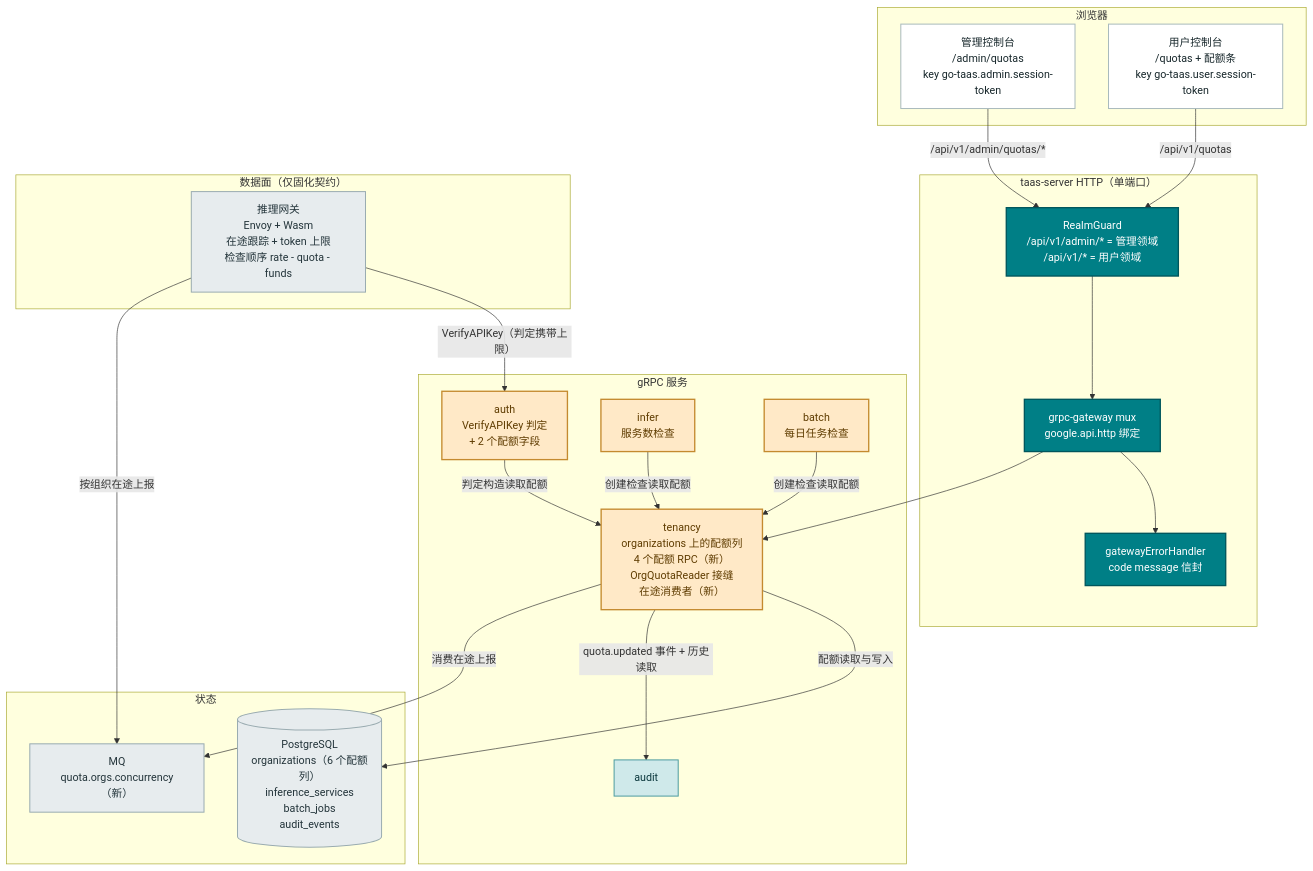
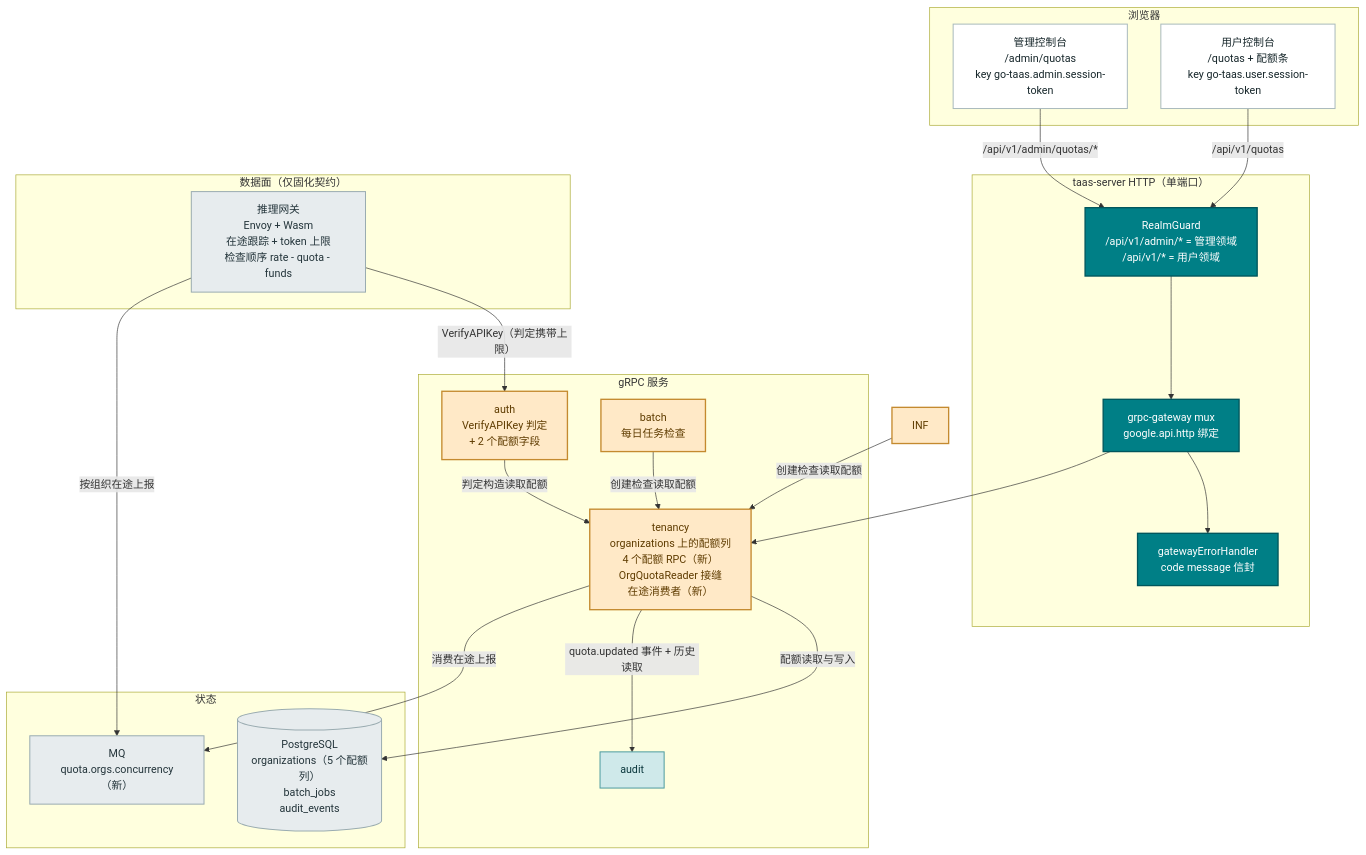
The first of 5 diagrams in site/docs/architecture/service-quota-management.zh-cn.md (go-taas/go-taas), drawn with Mermaid before and after one commit. The commit also changed other lines of this file and 41 other files, not shown here.

````diff
--- a/site/docs/architecture/service-quota-management.zh-cn.md
+++ b/site/docs/architecture/service-quota-management.zh-cn.md
@@ -95,54 +95,53 @@
 ```mermaid
 flowchart TD
     subgraph browsers["浏览器"]
         AC["管理控制台<br/>/admin/quotas<br/>key go-taas.admin.session-token"]
         UC["用户控制台<br/>/quotas + 配额条<br/>key go-taas.user.session-token"]
     end
 
     subgraph gateway["taas-server HTTP（单端口）"]
         GUARD["RealmGuard<br/>/api/v1/admin/* = 管理领域<br/>/api/v1/* = 用户领域"]
         MUX["grpc-gateway mux<br/>google.api.http 绑定"]
         ERR["gatewayErrorHandler<br/>code message 信封"]
     end
 
     subgraph services["gRPC 服务"]
         TEN["tenancy<br/>organizations 上的配额列<br/>4 个配额 RPC（新）<br/>OrgQuotaReader 接缝<br/>在途消费者（新）"]
         AUTH["auth<br/>VerifyAPIKey 判定<br/>+ 2 个配额字段"]
-        INF["infer<br/>服务数检查"]
         BAT["batch<br/>每日任务检查"]
         AUD["audit"]
     end
 
     subgraph dataplane["数据面（仅固化契约）"]
         DGW["推理网关<br/>Envoy + Wasm<br/>在途跟踪 + token 上限<br/>检查顺序 rate - quota - funds"]
     end
 
     subgraph stores["状态"]
-        PG[("PostgreSQL<br/>organizations（6 个配额列）<br/>inference_services<br/>batch_jobs<br/>audit_events")]
+        PG[("PostgreSQL<br/>organizations（5 个配额列）<br/>batch_jobs<br/>audit_events")]
         MQ["MQ<br/>quota.orgs.concurrency（新）"]
     end
 
     AC -->|"/api/v1/admin/quotas/*"| GUARD
     UC -->|"/api/v1/quotas"| GUARD
     GUARD --> MUX
     MUX --> ERR
     MUX --> TEN
     TEN -->|"配额读取与写入"| PG
     TEN -->|"quota.updated 事件 + 历史读取"| AUD
     TEN -->|"消费在途上报"| MQ
     AUTH -->|"判定构造读取配额"| TEN
     INF -->|"创建检查读取配额"| TEN
     BAT -->|"创建检查读取配额"| TEN
     DGW -->|"VerifyAPIKey（判定携带上限）"| AUTH
     DGW -->|"按组织在途上报"| MQ
     classDef edge fill:#007F86,stroke:#00565C,stroke-width:2px,color:#FFFFFF
     classDef svc fill:#CFE9EA,stroke:#4E9CA0,stroke-width:1.5px,color:#0B383D
     classDef chg fill:#FFE9C7,stroke:#C48A2F,stroke-width:2px,color:#5F3C00
     classDef store fill:#E7ECEE,stroke:#9AACB1,stroke-width:1.5px,color:#23343A
     classDef consumer fill:#FFFFFF,stroke:#A9BABD,stroke-width:1.5px,color:#17272B
     class AC,UC consumer
     class GUARD,MUX,ERR edge
     class TEN,AUTH,INF,BAT chg
     class AUD svc
     class PG,MQ,DGW store
 ```
````
